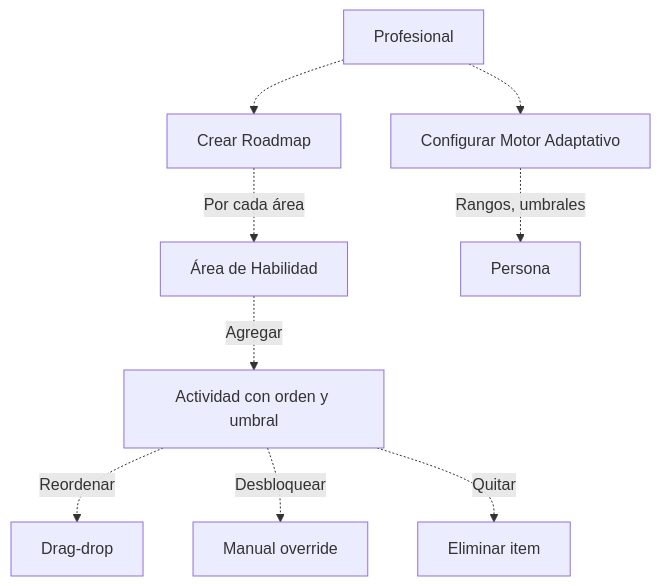
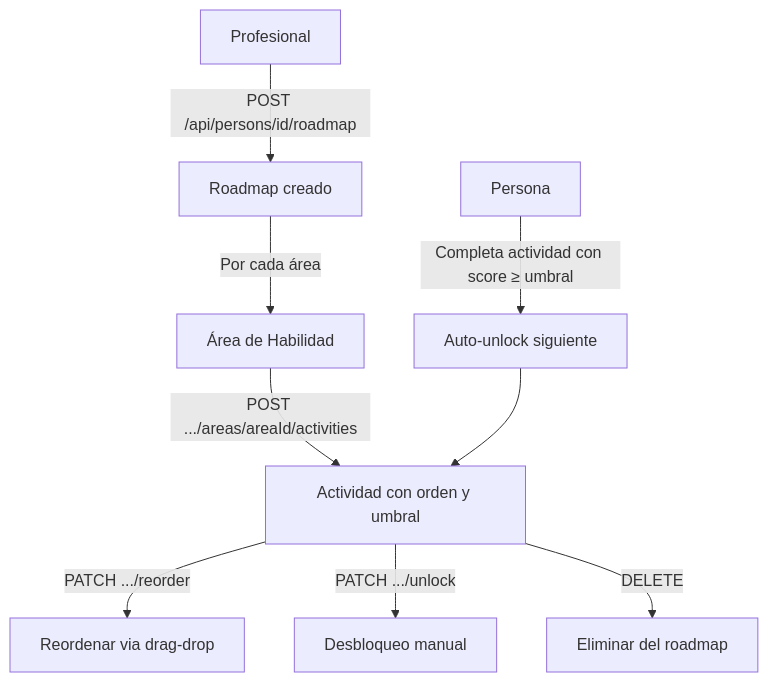
Before and after one commit to Sacha-html/InclusiON: the second of 2 diagrams in Process/11-gestion-plan-trabajo.md, drawn with Mermaid. The commit also changed other lines of this file and 9 other files, not shown here.

````diff
--- a/Process/11-gestion-plan-trabajo.md
+++ b/Process/11-gestion-plan-trabajo.md
@@ -44,13 +71,13 @@
 ```mermaid
 flowchart TD
-    PROF[Profesional] -.-> ROAD[Crear Roadmap]
-    ROAD -.->|Por cada área| AREA[Área de Habilidad]
-    AREA -.->|Agregar| ACT[Actividad con orden y umbral]
-    ACT -.->|Reordenar| REORD[Drag-drop]
-    ACT -.->|Desbloquear| UNLOCK[Manual override]
-    ACT -.->|Quitar| DEL[Eliminar item]
+    PROF[Profesional] -->|POST /api/persons/id/roadmap| ROAD[Roadmap creado]
+    ROAD -->|Por cada área| AREA[Área de Habilidad]
+    AREA -->|POST .../areas/areaId/activities| ACT[Actividad con orden y umbral]
 
-    PROF -.-> MDA_CFG[Configurar Motor Adaptativo]
-    MDA_CFG -.->|Rangos, umbrales| PCD[Persona]
+    ACT -->|PATCH .../reorder| REORD[Reordenar via drag-drop]
+    ACT -->|PATCH .../unlock| UNLOCK[Desbloqueo manual]
+    ACT -->|DELETE| DEL[Eliminar del roadmap]
 
+    PCD[Persona] -->|Completa actividad con score ≥ umbral| AUTO[Auto-unlock siguiente]
+    AUTO --> ACT
 ```
````
